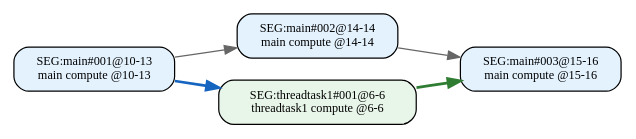
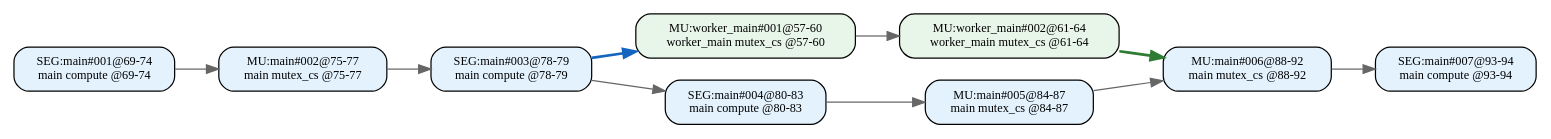
Before and after one commit to RTS-SYSU/DAG-Gen: the diagram in 中间结果/simple/pipeline/blocks/level2/effective_line_merge/dag_seg.dot, drawn with Graphviz. The commit also changed 3421 other files, not shown here.

```diff
--- a/中间结果/simple/pipeline/blocks/level2/effective_line_merge/dag_seg.dot
+++ b/中间结果/simple/pipeline/blocks/level2/effective_line_merge/dag_seg.dot
@@ -1,12 +1,22 @@
 digraph Level2SegDAG {
   rankdir=LR;
   node [shape=box, fontname="Consolas", fontsize=10];
-  "SEG:main#001@10-13" [style="rounded,filled", fillcolor="#E3F2FD", label="SEG:main#001@10-13\nmain compute @10-13"];
-  "SEG:main#002@14-14" [style="rounded,filled", fillcolor="#E3F2FD", label="SEG:main#002@14-14\nmain compute @14-14"];
-  "SEG:main#003@15-16" [style="rounded,filled", fillcolor="#E3F2FD", label="SEG:main#003@15-16\nmain compute @15-16"];
-  "SEG:threadtask1#001@6-6" [style="rounded,filled", fillcolor="#E8F5E9", label="SEG:threadtask1#001@6-6\nthreadtask1 compute @6-6"];
-  "SEG:main#001@10-13" -> "SEG:main#002@14-14" [color="#666666", style="solid", penwidth=1.0];
-  "SEG:main#002@14-14" -> "SEG:main#003@15-16" [color="#666666", style="solid", penwidth=1.0];
-  "SEG:main#001@10-13" -> "SEG:threadtask1#001@6-6" [color="#1565C0", style="solid", penwidth=2.2];
-  "SEG:threadtask1#001@6-6" -> "SEG:main#003@15-16" [color="#2E7D32", style="solid", penwidth=2.2];
+  "MU:main#002@75-77" [style="rounded,filled", fillcolor="#E3F2FD", label="MU:main#002@75-77\nmain mutex_cs @75-77"];
+  "MU:main#005@84-87" [style="rounded,filled", fillcolor="#E3F2FD", label="MU:main#005@84-87\nmain mutex_cs @84-87"];
+  "MU:main#006@88-92" [style="rounded,filled", fillcolor="#E3F2FD", label="MU:main#006@88-92\nmain mutex_cs @88-92"];
+  "MU:worker_main#001@57-60" [style="rounded,filled", fillcolor="#E8F5E9", label="MU:worker_main#001@57-60\nworker_main mutex_cs @57-60"];
+  "MU:worker_main#002@61-64" [style="rounded,filled", fillcolor="#E8F5E9", label="MU:worker_main#002@61-64\nworker_main mutex_cs @61-64"];
+  "SEG:main#001@69-74" [style="rounded,filled", fillcolor="#E3F2FD", label="SEG:main#001@69-74\nmain compute @69-74"];
+  "SEG:main#003@78-79" [style="rounded,filled", fillcolor="#E3F2FD", label="SEG:main#003@78-79\nmain compute @78-79"];
+  "SEG:main#004@80-83" [style="rounded,filled", fillcolor="#E3F2FD", label="SEG:main#004@80-83\nmain compute @80-83"];
+  "SEG:main#007@93-94" [style="rounded,filled", fillcolor="#E3F2FD", label="SEG:main#007@93-94\nmain compute @93-94"];
+  "MU:worker_main#001@57-60" -> "MU:worker_main#002@61-64" [color="#666666", style="solid", penwidth=1.0];
+  "SEG:main#001@69-74" -> "MU:main#002@75-77" [color="#666666", style="solid", penwidth=1.0];
+  "MU:main#002@75-77" -> "SEG:main#003@78-79" [color="#666666", style="solid", penwidth=1.0];
+  "SEG:main#003@78-79" -> "SEG:main#004@80-83" [color="#666666", style="solid", penwidth=1.0];
+  "SEG:main#004@80-83" -> "MU:main#005@84-87" [color="#666666", style="solid", penwidth=1.0];
+  "MU:main#005@84-87" -> "MU:main#006@88-92" [color="#666666", style="solid", penwidth=1.0];
+  "MU:main#006@88-92" -> "SEG:main#007@93-94" [color="#666666", style="solid", penwidth=1.0];
+  "SEG:main#003@78-79" -> "MU:worker_main#001@57-60" [color="#1565C0", style="solid", penwidth=2.2];
+  "MU:worker_main#002@61-64" -> "MU:main#006@88-92" [color="#2E7D32", style="solid", penwidth=2.2];
 }
```
